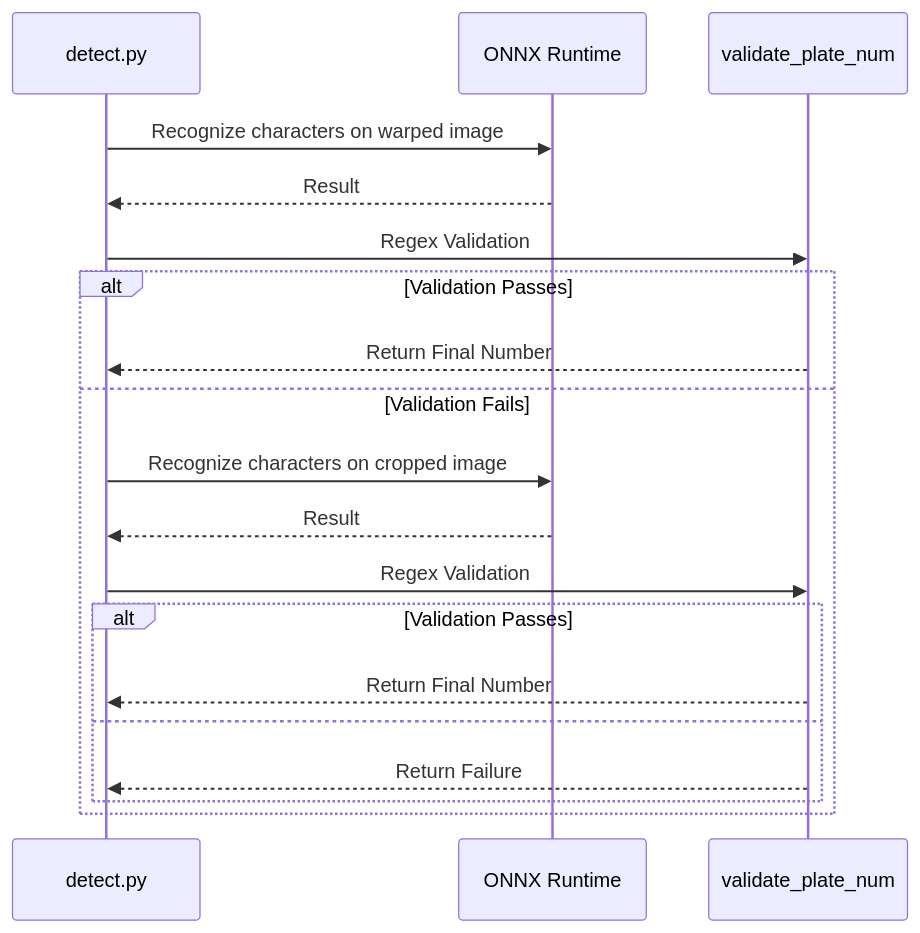
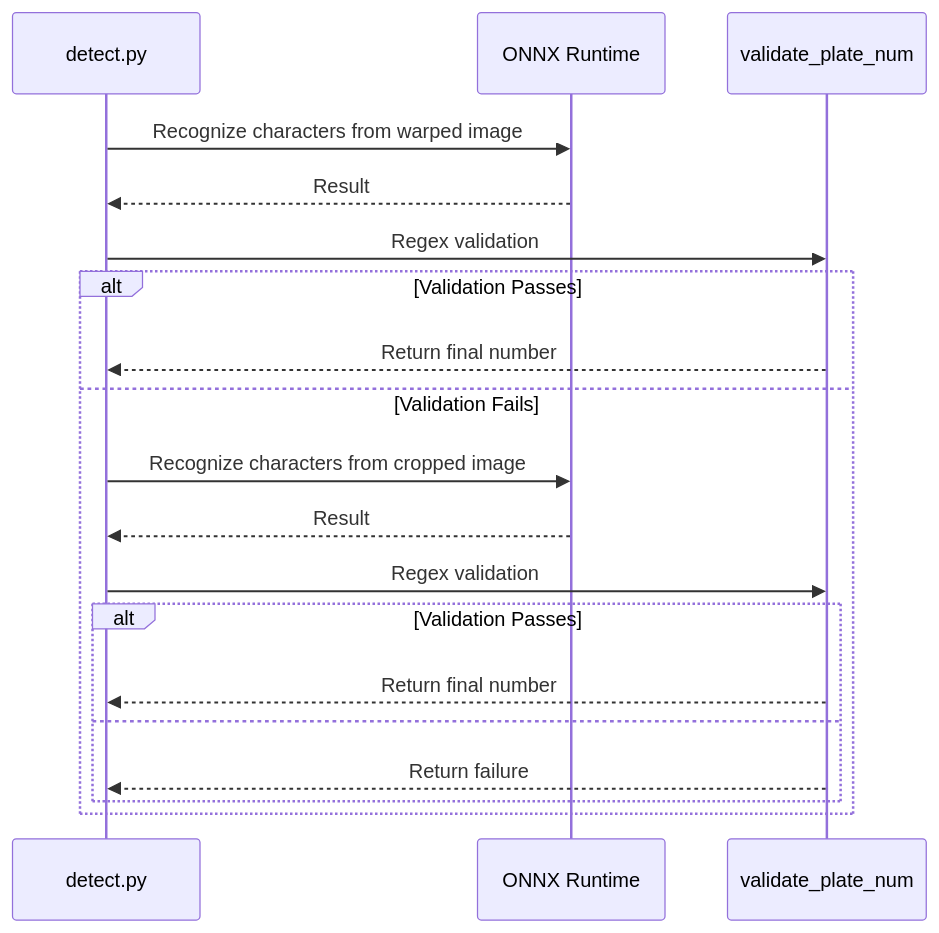
Before and after one commit to mandacode-labs/mandacode-devs: the second of 2 diagrams in src/content/blog/en/korean-license-plate-deep-dive.md, drawn with Mermaid. The commit also changed other lines of this file and 34 other files, not shown here.

````diff
--- a/src/content/blog/en/korean-license-plate-deep-dive.md
+++ b/src/content/blog/en/korean-license-plate-deep-dive.md
@@ -98,23 +98,23 @@
 ```mermaid
 sequenceDiagram
     participant Detect as detect.py
     participant ONNX as ONNX Runtime
     participant Validate as validate_plate_num
 
-    Detect->>ONNX: Recognize characters on warped image
+    Detect->>ONNX: Recognize characters from warped image
     ONNX-->>Detect: Result
-    Detect->>Validate: Regex Validation
+    Detect->>Validate: Regex validation
 
     alt Validation Passes
-        Validate-->>Detect: Return Final Number
+        Validate-->>Detect: Return final number
     else Validation Fails
-        Detect->>ONNX: Recognize characters on cropped image
+        Detect->>ONNX: Recognize characters from cropped image
         ONNX-->>Detect: Result
-        Detect->>Validate: Regex Validation
+        Detect->>Validate: Regex validation
         alt Validation Passes
-            Validate-->>Detect: Return Final Number
+            Validate-->>Detect: Return final number
         else
-            Validate-->>Detect: Return Failure
+            Validate-->>Detect: Return failure
         end
     end
 ```
````
